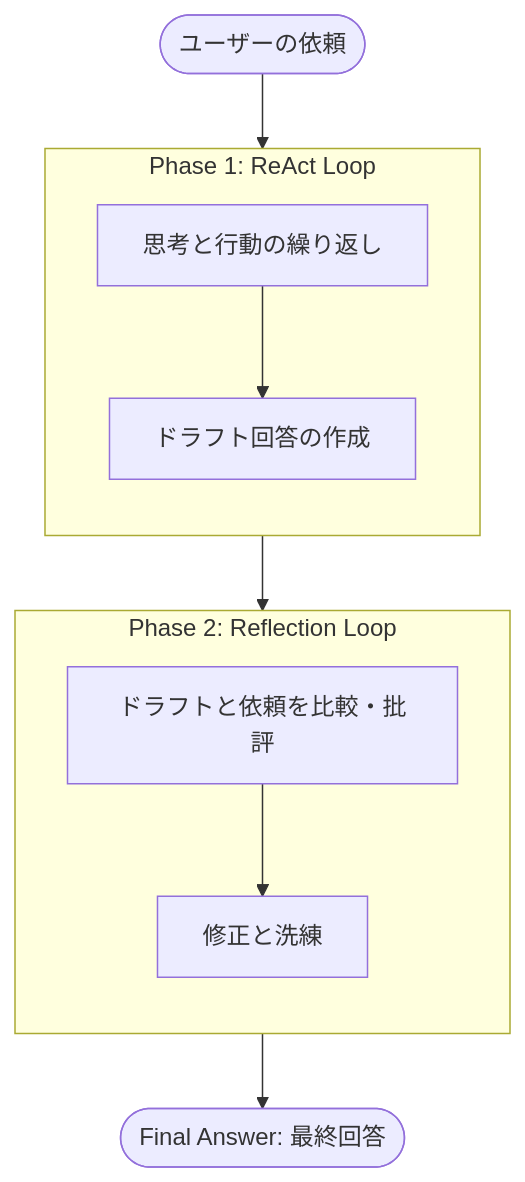
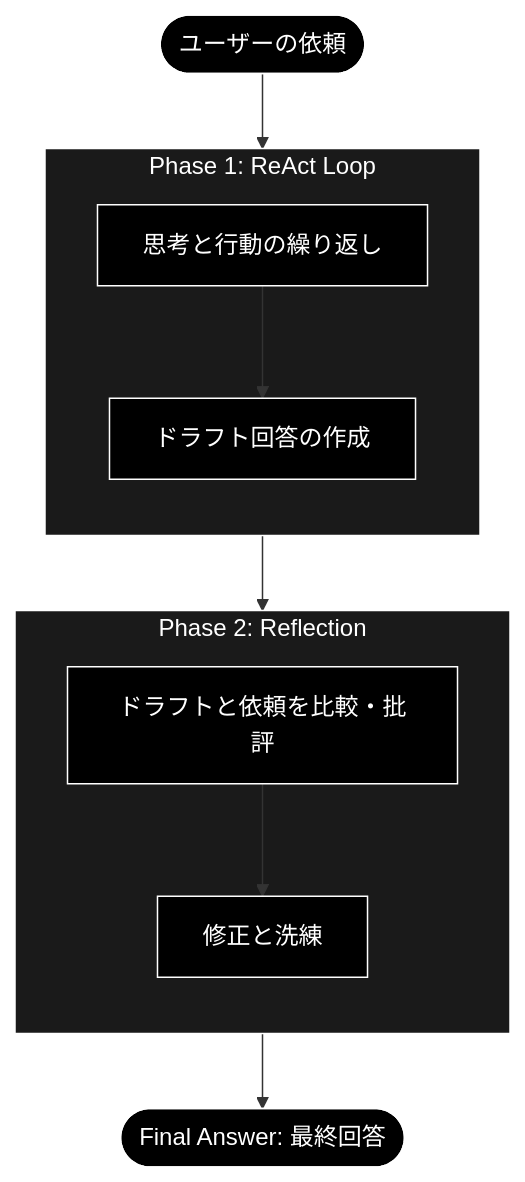
One commit to nakashima2toshio/ollama_grace_agent_v2 changed the sixth of 10 diagrams in readme_react_reflection.md. Above: the diagram before and after it, drawn with Mermaid. The commit also changed other lines of this file and 7 other files, not shown here.

````diff
--- a/readme_react_reflection.md
+++ b/readme_react_reflection.md
@@ -611,16 +685,21 @@
 ```mermaid
 flowchart TD
-    User([ユーザーの依頼]) --> Reasoning
+    User(["ユーザーの依頼"]) --> Reasoning
     subgraph Phase1 ["Phase 1: ReAct Loop"]
         direction TB
         Reasoning["思考と行動の繰り返し"] --> Draft["ドラフト回答の作成"]
     end
 
-    subgraph Phase2 ["Phase 2: Reflection Loop"]
+    subgraph Phase2 ["Phase 2: Reflection"]
         direction TB
         Critique["ドラフトと依頼を比較・批評"] --> Revise["修正と洗練"]
     end
 
     Draft --> Critique
-    Revise --> Final([Final Answer: 最終回答])
+    Revise --> Final(["Final Answer: 最終回答"])
+classDef default fill:#000,stroke:#fff,color:#fff
+classDef subgraphStyle fill:#1a1a1a,stroke:#fff,color:#fff
+class User,Reasoning,Draft,Critique,Revise,Final default
+style Phase1 fill:#1a1a1a,stroke:#fff,color:#fff
+style Phase2 fill:#1a1a1a,stroke:#fff,color:#fff
 ```
````
